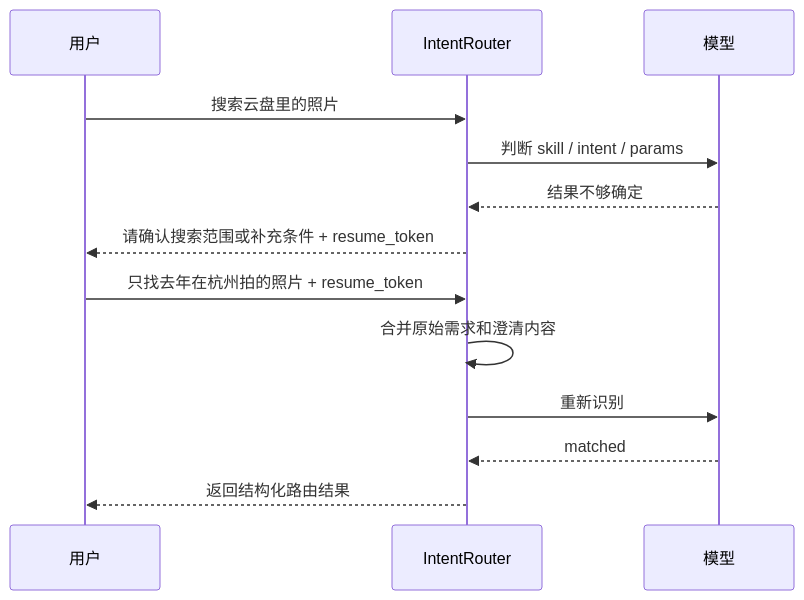
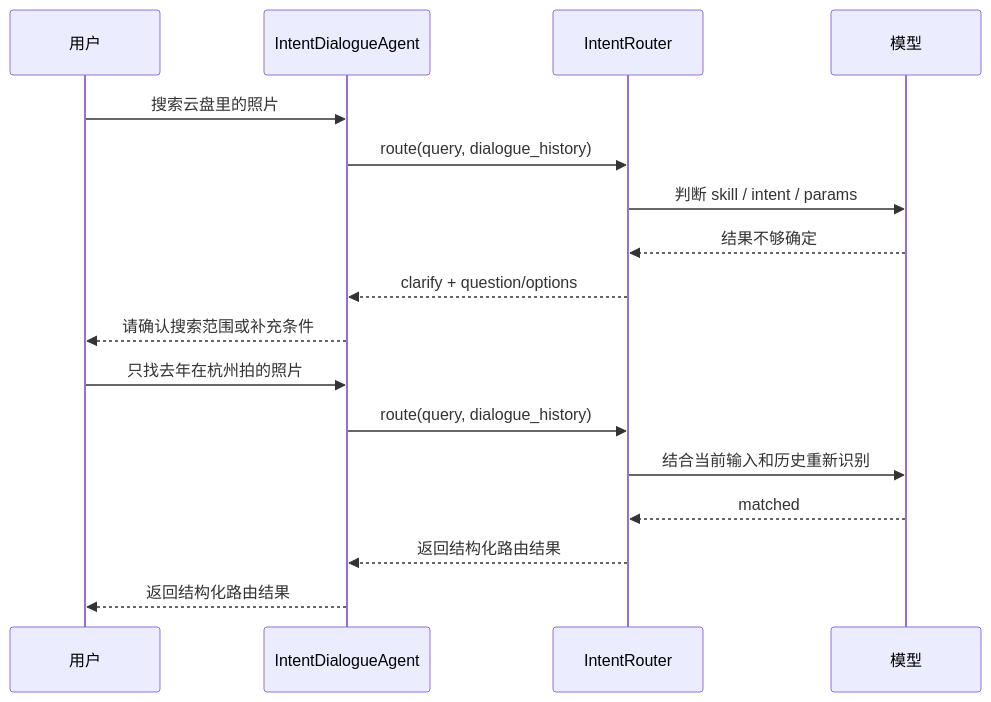
Before and after one commit to zhongdixiu/mcloud_intents_loop: the fifth of 5 diagrams in 意图识别项目进展汇报.md, drawn with Mermaid. The commit also changed other lines of this file and 9 other files, not shown here.

````diff
--- a/意图识别项目进展汇报.md
+++ b/意图识别项目进展汇报.md
@@ -247,16 +247,20 @@
 ```mermaid
 sequenceDiagram
     participant U as 用户
+    participant A as IntentDialogueAgent
     participant R as IntentRouter
     participant M as 模型
 
-    U->>R: 搜索云盘里的照片
+    U->>A: 搜索云盘里的照片
+    A->>R: route(query, dialogue_history)
     R->>M: 判断 skill / intent / params
     M-->>R: 结果不够确定
-    R-->>U: 请确认搜索范围或补充条件 + resume_token
-    U->>R: 只找去年在杭州拍的照片 + resume_token
-    R->>R: 合并原始需求和澄清内容
-    R->>M: 重新识别
+    R-->>A: clarify + question/options
+    A-->>U: 请确认搜索范围或补充条件
+    U->>A: 只找去年在杭州拍的照片
+    A->>R: route(query, dialogue_history)
+    R->>M: 结合当前输入和历史重新识别
     M-->>R: matched
-    R-->>U: 返回结构化路由结果
+    R-->>A: 返回结构化路由结果
+    A-->>U: 返回结构化路由结果
 ```
````
